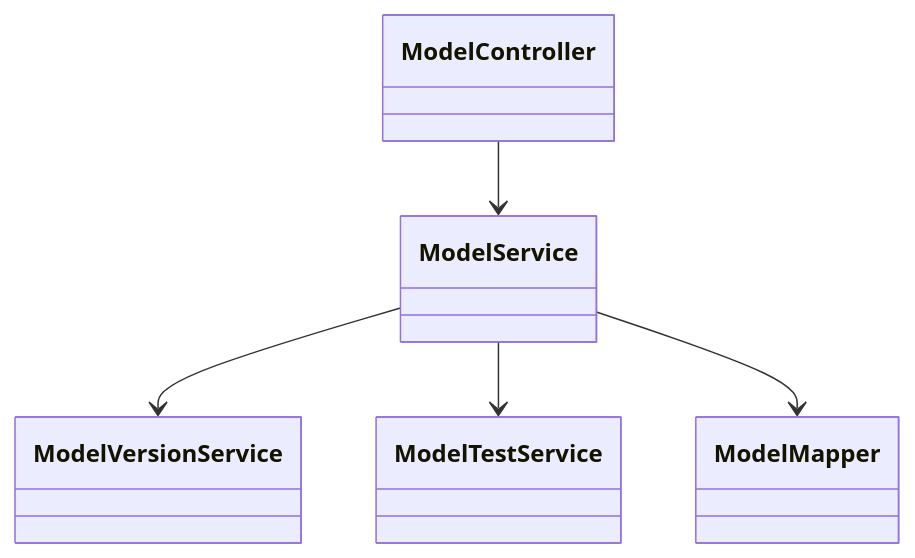
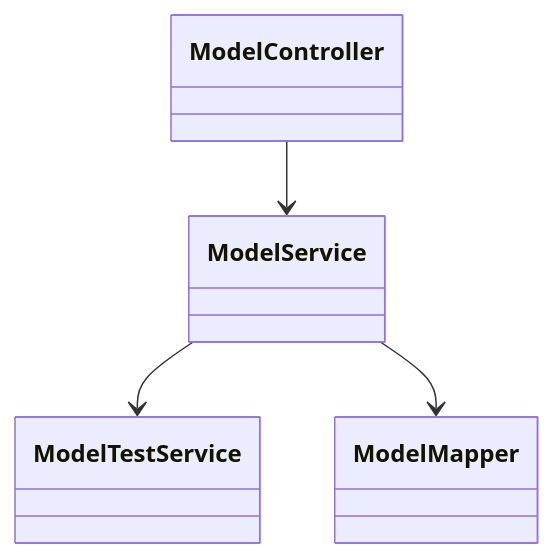
Before and after one commit to zhyea/knot: the fifth of 22 diagrams in docs/tech/开发落地手册-模块详细设计.md, drawn with Mermaid. The commit also changed other lines of this file and 49 other files, not shown here.

````diff
--- a/docs/tech/开发落地手册-模块详细设计.md
+++ b/docs/tech/开发落地手册-模块详细设计.md
@@ -110,12 +110,10 @@
 ```mermaid
 classDiagram
 class ModelController
 class ModelService
-class ModelVersionService
 class ModelTestService
 class ModelMapper
 ModelController --> ModelService
-ModelService --> ModelVersionService
 ModelService --> ModelTestService
 ModelService --> ModelMapper
 ```
````
